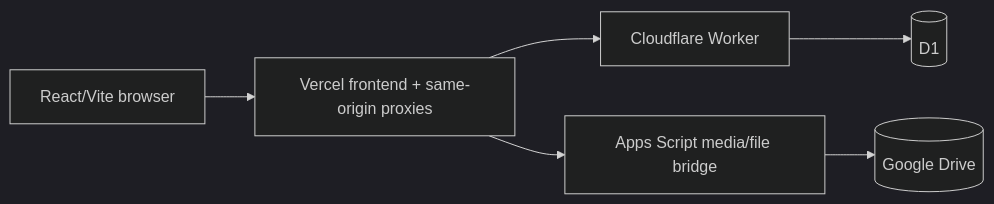
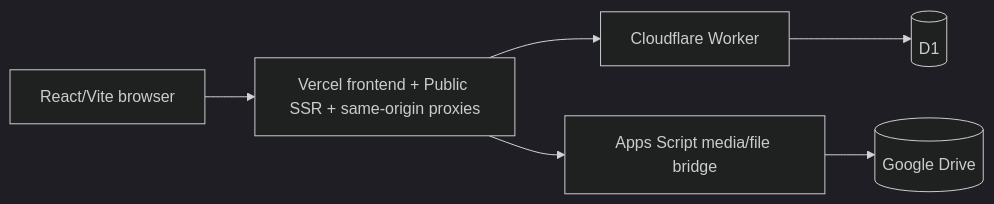
The diagram in docs/architecture/current-runtime-ownership.md (yiwssx/new-www.rcat.ac.th), drawn with Mermaid (dark theme) before and after one commit. The commit also changed other lines of this file, not shown here.

Commit message:
docs(ssr): update runtime ownership for Phase 7 cutover

````diff
--- a/docs/architecture/current-runtime-ownership.md
+++ b/docs/architecture/current-runtime-ownership.md
@@ -9,15 +9,15 @@
 ```mermaid
 flowchart LR
   Browser[React/Vite browser]
-  Vercel[Vercel frontend + same-origin proxies]
+  Vercel[Vercel frontend + Public SSR + same-origin proxies]
   Worker[Cloudflare Worker]
   D1[(D1)]
   Apps[Apps Script media/file bridge]
   Drive[(Google Drive)]
 
   Browser --> Vercel
   Vercel --> Worker
   Worker --> D1
   Vercel --> Apps
   Apps --> Drive
 ```
````
